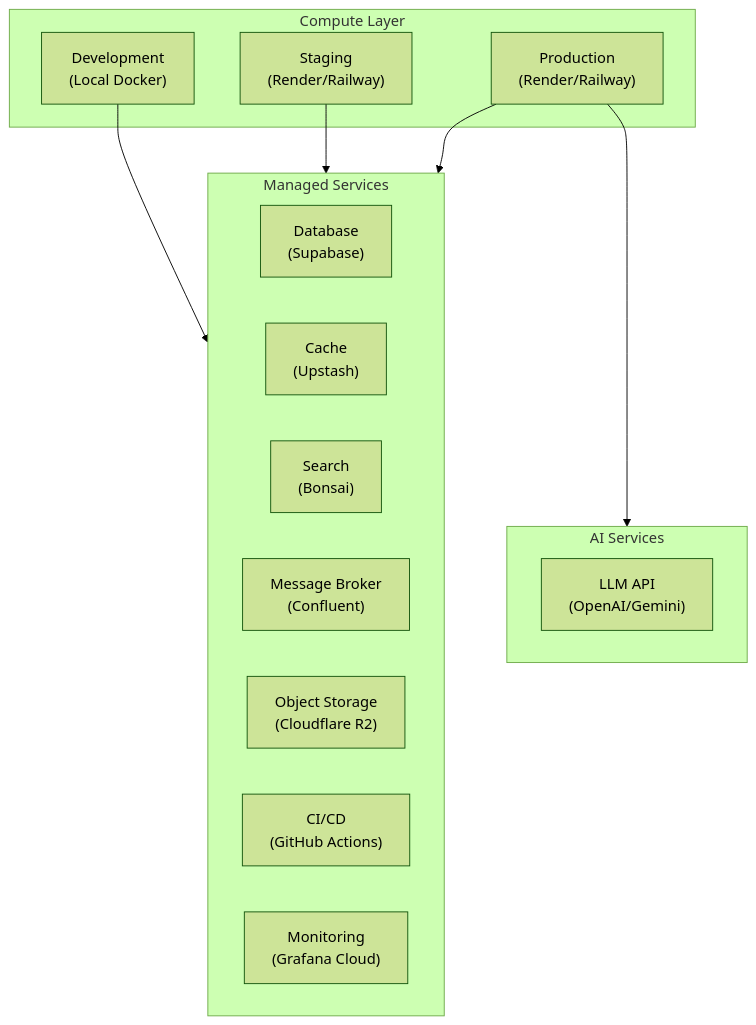
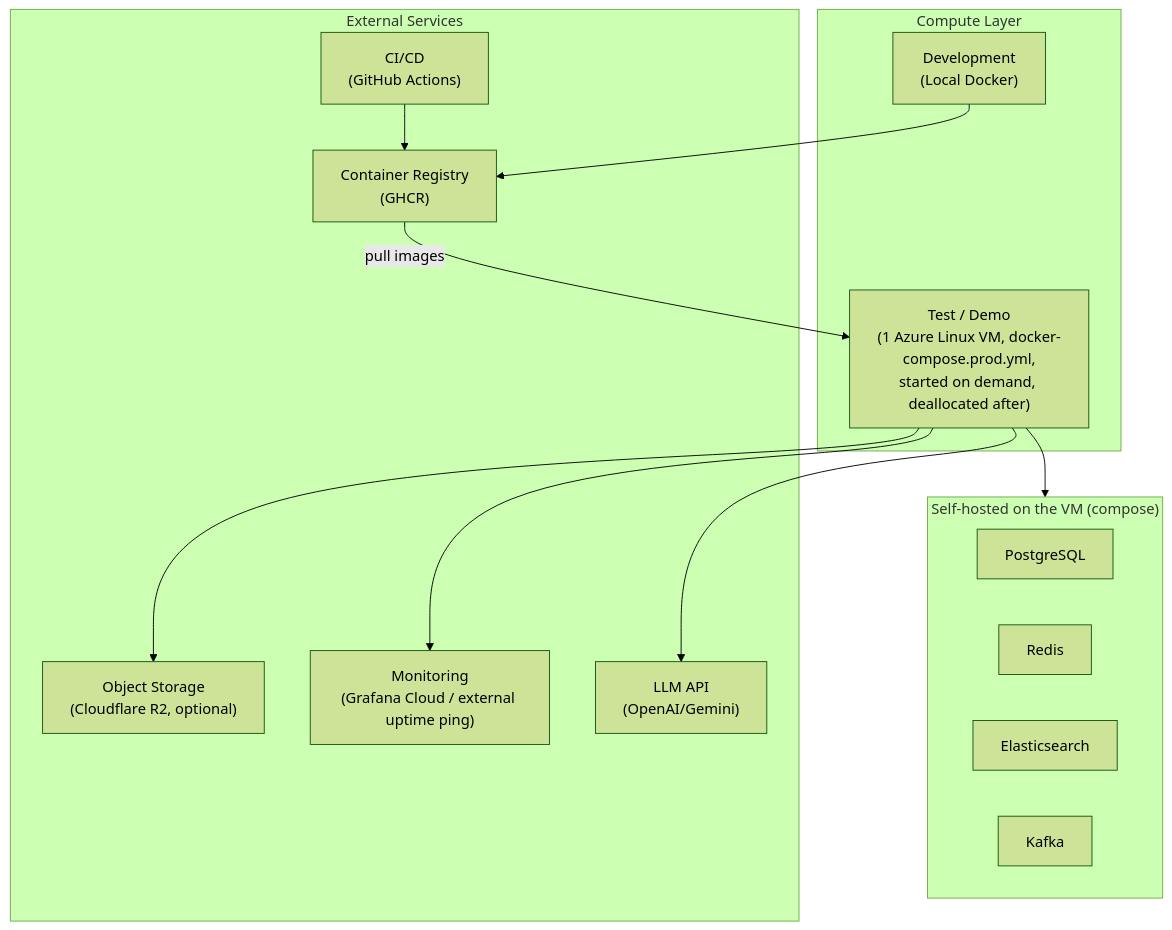
Before and after one commit to dut-pbl6-2026/job-platform-docs: the first of 5 diagrams in docs/srs/en/9-infra-cost-analysis.md, drawn with Mermaid (forest theme). The commit also changed other lines of this file and 20 other files, not shown here.

````diff
--- a/docs/srs/en/9-infra-cost-analysis.md
+++ b/docs/srs/en/9-infra-cost-analysis.md
@@ -21,27 +23,30 @@
 ```mermaid
 flowchart TB
     subgraph Compute["Compute Layer"]
         Dev["Development<br/>(Local Docker)"]
-        Staging["Staging<br/>(Render/Railway)"]
-        Prod["Production<br/>(Render/Railway)"]
+        Test["Test / Demo<br/>(1 Azure Linux VM, docker-compose.prod.yml,<br/>started on demand, deallocated after)"]
     end
 
-    subgraph Services["Managed Services"]
-        DB["Database<br/>(Supabase)"]
-        Cache["Cache<br/>(Upstash)"]
-        Search["Search<br/>(Bonsai)"]
-        Broker["Message Broker<br/>(Confluent)"]
-        Storage["Object Storage<br/>(Cloudflare R2)"]
-        CI["CI/CD<br/>(GitHub Actions)"]
-        Monitor["Monitoring<br/>(Grafana Cloud)"]
+    subgraph OnVM["Self-hosted on the VM (compose)"]
+        DB["PostgreSQL"]
+        Cache["Redis"]
+        Search["Elasticsearch"]
+        Broker["Kafka"]
     end
 
-    subgraph AI["AI Services"]
+    subgraph External["External Services"]
+        GHCR["Container Registry<br/>(GHCR)"]
+        CI["CI/CD<br/>(GitHub Actions)"]
+        Storage["Object Storage<br/>(Cloudflare R2, optional)"]
+        Monitor["Monitoring<br/>(Grafana Cloud / external uptime ping)"]
         LLM["LLM API<br/>(OpenAI/Gemini)"]
     end
 
-    Dev --> Services
-    Staging --> Services
-    Prod --> Services
-    Prod --> AI
+    Dev --> GHCR
+    CI --> GHCR
+    GHCR -->|pull images| Test
+    Test --> OnVM
+    Test --> Storage
+    Test --> LLM
+    Test --> Monitor
 ```
````
